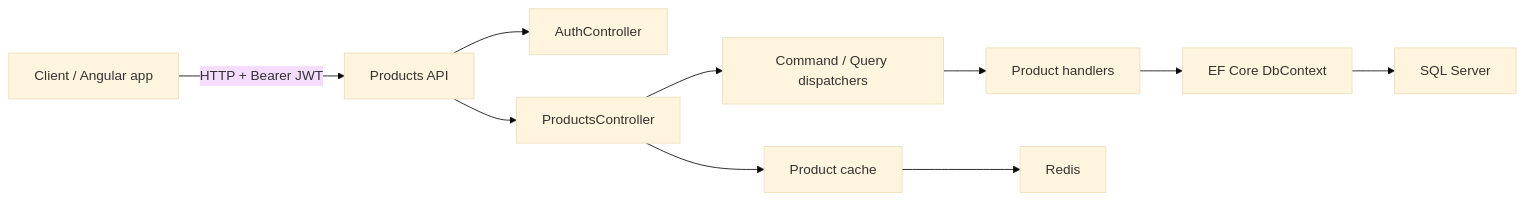
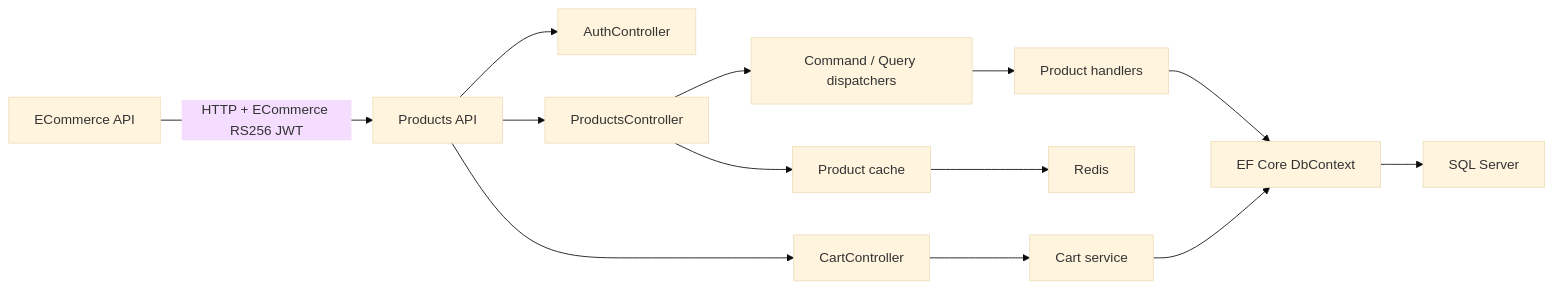
One commit to felipeyamana/products-api changed the diagram in README.md. Above: the diagram before and after it, drawn with Mermaid (base theme). The commit also changed other lines of this file, not shown here.

````diff
--- a/README.md
+++ b/README.md
@@ -76,12 +79,15 @@
 ```mermaid
 flowchart LR
-  Client["Client / Angular app"] -->|HTTP + Bearer JWT| API["Products API"]
+  Client["ECommerce API"] -->|HTTP + ECommerce RS256 JWT| API["Products API"]
   API --> Auth["AuthController"]
   API --> Products["ProductsController"]
+  API --> Cart["CartController"]
   Products --> CQRS["Command / Query dispatchers"]
   CQRS --> Handlers["Product handlers"]
   Handlers --> EF["EF Core DbContext"]
+  Cart --> CartService["Cart service"]
+  CartService --> EF
   EF --> Sql["SQL Server"]
   Products --> Cache["Product cache"]
   Cache --> Redis["Redis"]
 ```
````
